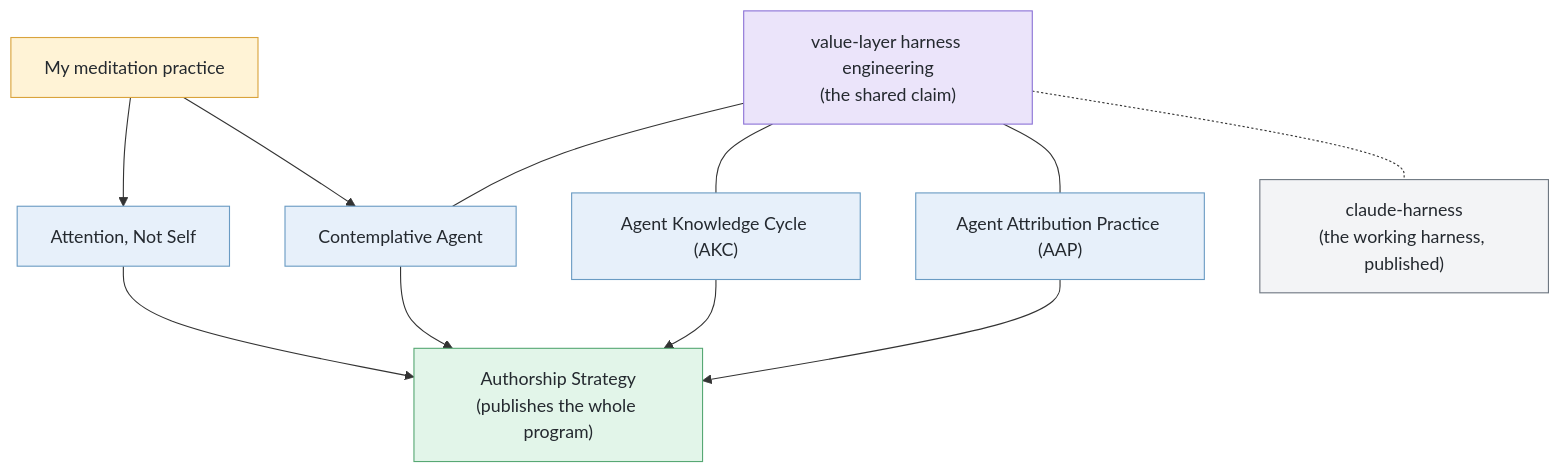
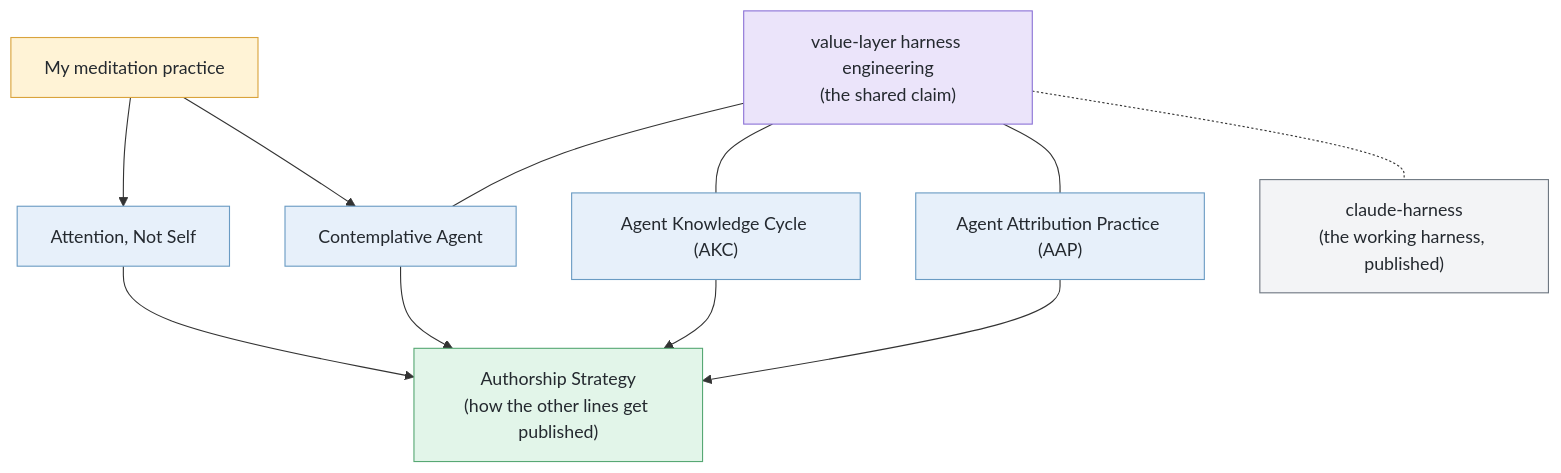
One commit to shimo4228/shimo4228 changed the diagram in README.md. Above: the diagram before and after it, drawn with Mermaid. The commit also changed other lines of this file and 1 other file, not shown here.

````diff
--- a/README.md
+++ b/README.md
@@ -39,20 +39,20 @@
 ```mermaid
 graph TD
     M["My meditation practice"] --> ANS["Attention, Not Self"]
     M --> CA["Contemplative Agent"]
     V["value-layer harness engineering<br>(the shared claim)"] --- CA
     V --- AKC["Agent Knowledge Cycle (AKC)"]
     V --- AAP["Agent Attribution Practice (AAP)"]
-    ANS & CA & AKC & AAP --> AS["Authorship Strategy<br>(publishes the whole program)"]
+    ANS & CA & AKC & AAP --> AS["Authorship Strategy<br>(how the other lines get published)"]
     V -.- CH["claude-harness<br>(the working harness, published)"]
     classDef source fill:#FFF3D6,stroke:#D9A33C,color:#24292F
     classDef claim fill:#EBE4FA,stroke:#8B72D6,color:#24292F
     classDef lineNode fill:#E7F0FA,stroke:#6A9BC3,color:#24292F
     classDef sink fill:#E2F5E9,stroke:#57A874,color:#24292F
     classDef artifact fill:#F3F4F6,stroke:#6E7781,color:#24292F
     class M source
     class V claim
     class ANS,CA,AKC,AAP lineNode
     class AS sink
     class CH artifact
 ```
````
